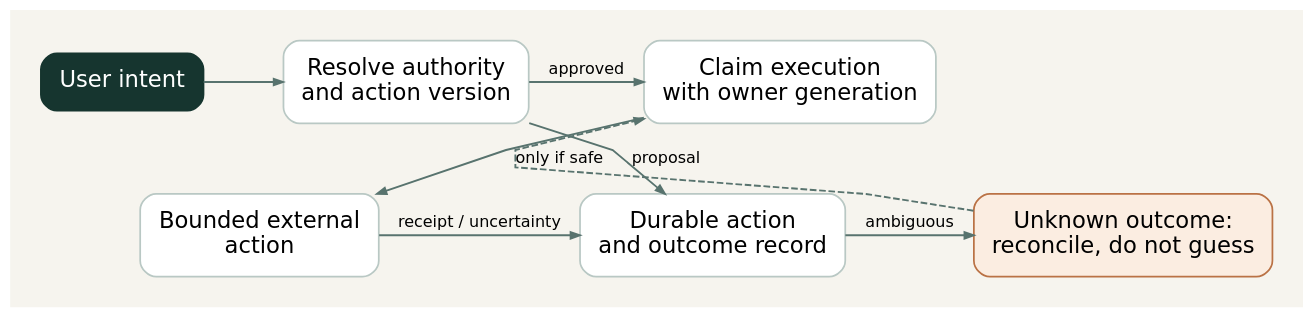
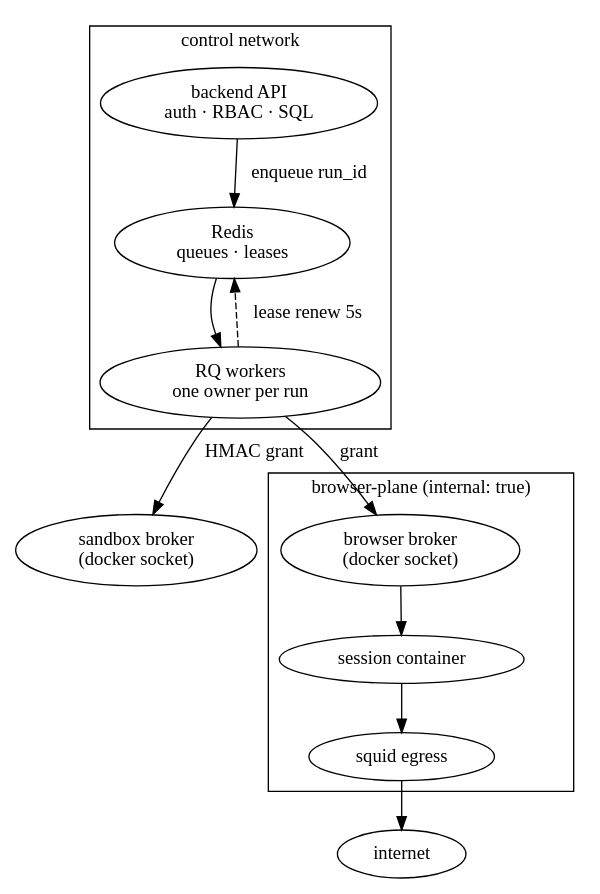
The diagram in src/assets/blog-diagrams/01-architecting-deterministic-infrastructure.dot (Shaunfurtado/Shaunfurtado.github.io), drawn with Graphviz before and after one commit. The commit also changed 114 other files, not shown here.

First line of the commit message:
refactor: rewrite blog posts around real system details and theme the diagrams

```diff
--- a/src/assets/blog-diagrams/01-architecting-deterministic-infrastructure.dot
+++ b/src/assets/blog-diagrams/01-architecting-deterministic-infrastructure.dot
@@ -1,20 +1,25 @@
-digraph design {
-graph [rankdir=TB, bgcolor="#f6f4ee", pad="0.32", nodesep="0.42", ranksep="0.55", splines=polyline, fontname="DejaVu Sans", fontsize=18];
-node [shape=box, style="rounded,filled", fillcolor="#ffffff", color="#b9c8c4", penwidth=1.3, fontname="DejaVu Sans", fontsize=17, margin="0.20,0.16"];
-edge [color="#58736e", fontname="DejaVu Sans", fontsize=12, arrowsize=0.7, penwidth=1.4];
-intent [label="User intent",fillcolor="#16352f",fontcolor="#ffffff",color="#16352f"];
-gate [label="Resolve authority\nand action version"];
-owner [label="Claim execution\nwith owner generation"];
-effect [label="Bounded external\naction"];
-record [label="Durable action\nand outcome record"];
-recover [label="Unknown outcome:\nreconcile, do not guess",fillcolor="#fbede1",color="#ba7245"];
-intent -> gate [label=""];
-gate -> owner [label="approved"];
-owner -> effect [label=""];
-gate -> record [label="proposal"];
-effect -> record [label="receipt / uncertainty"];
-record -> recover [label="ambiguous"];
-recover -> owner [label="only if safe",style=dashed,constraint=false];
-{rank=same; intent; gate; owner;}
-{rank=same; effect; record; recover;}
+digraph topology {
+rankdir=TB;
+subgraph cluster_control {
+  label="control network";
+  api [label="backend API\nauth · RBAC · SQL", class="key"];
+  redis [label="Redis\nqueues · leases"];
+  workers [label="RQ workers\none owner per run"];
 }
+sbx [label="sandbox broker\n(docker socket)"];
+subgraph cluster_plane {
+  label="browser-plane (internal: true)";
+  brw [label="browser broker\n(docker socket)"];
+  session [label="session container"];
+  squid [label="squid egress"];
+}
+net [label="internet", class="ghost"];
+api -> redis [label="enqueue run_id"];
+redis -> workers;
+workers -> redis [label="lease renew 5s", style=dashed];
+workers -> sbx [label="HMAC grant"];
+workers -> brw [label="grant"];
+brw -> session;
+session -> squid;
+squid -> net;
+}
```
